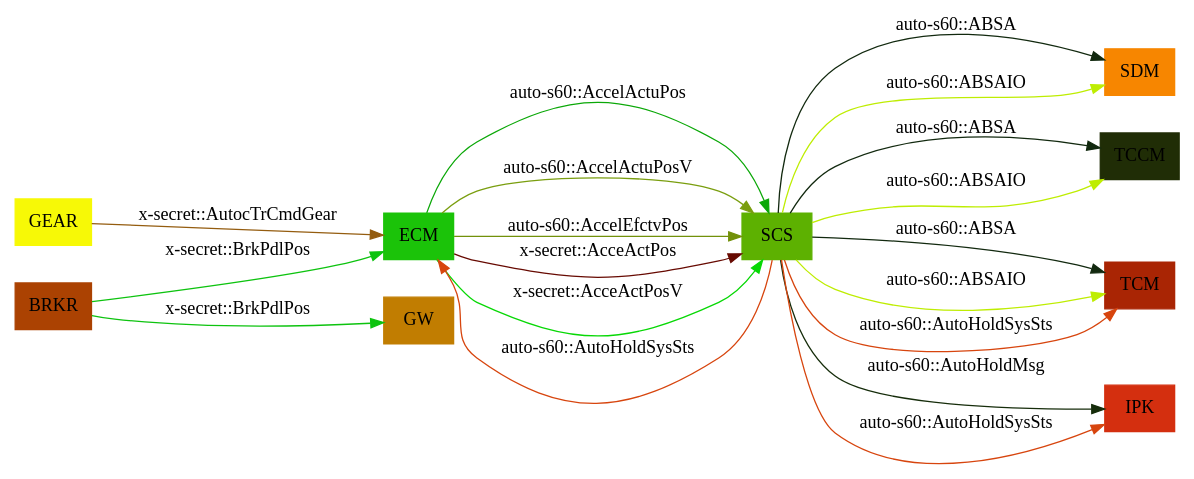
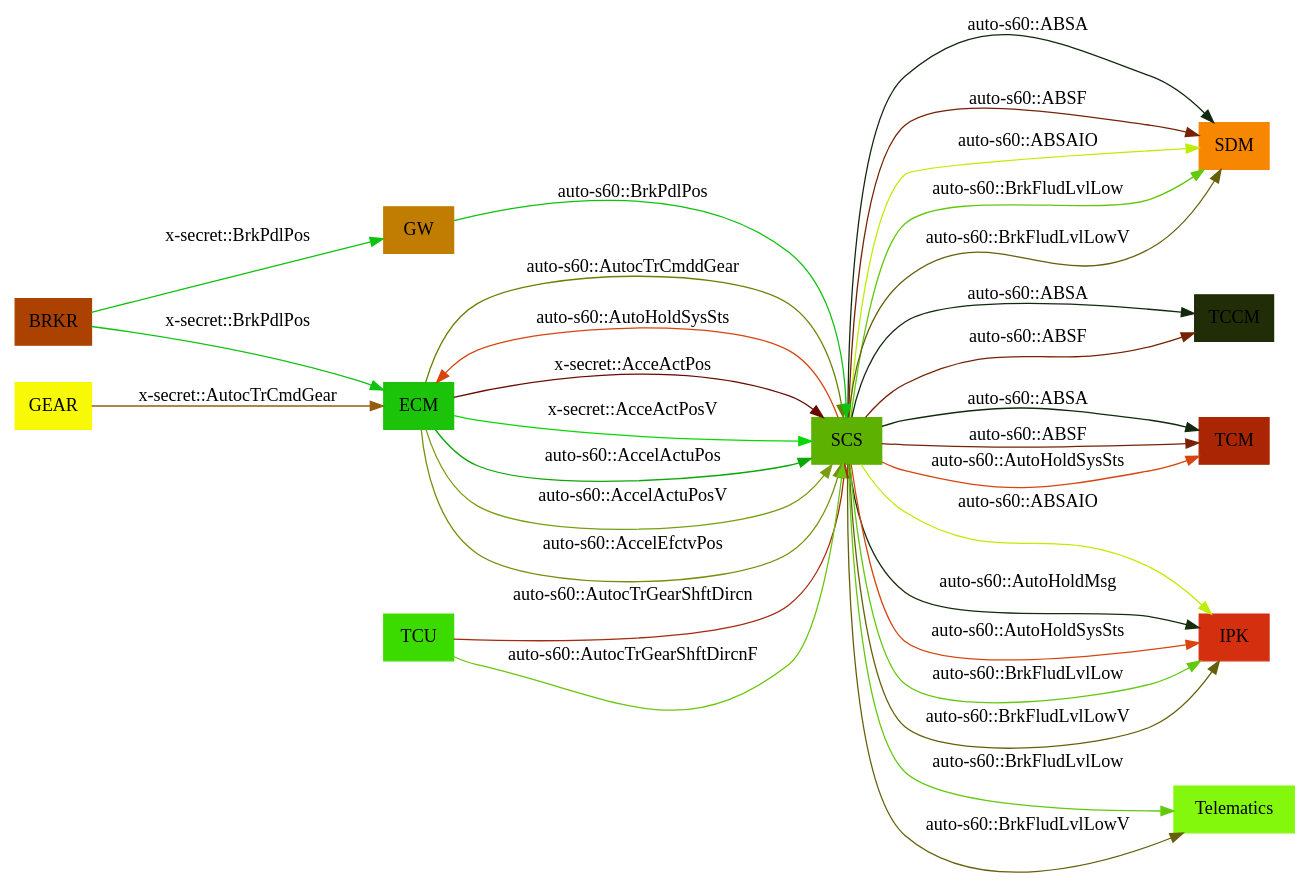
Before and after one commit to williamjoy/helloworld: the diagram in graph.dot, drawn with Graphviz. The commit also changed 2 other files, not shown here.

```diff
--- a/graph.dot
+++ b/graph.dot
@@ -1,31 +1,45 @@
 digraph Signals {
 	graph [rankdir=LR title="ECU Signals"]
 	node [shape=box style=filled]
 		ECM [label=ECM color="#1bc39"]
 		SCS [label=SCS color="#5db11"]
+			ECM -> SCS [label="x-secret::AcceActPos" color="#670a2"]
+			ECM -> SCS [label="x-secret::AcceActPosV" color="#07d85"]
+		GEAR [label=GEAR color="#f7f96"]
+			GEAR -> ECM [label="x-secret::AutocTrCmdGear" color="#945cf"]
+		BRKR [label=BRKR color="#ab422"]
+		GW [label=GW color="#c17d1"]
+			BRKR -> GW [label="x-secret::BrkPdlPos" color="#0dc3f"]
+			BRKR -> ECM [label="x-secret::BrkPdlPos" color="#0dc3f"]
 			ECM -> SCS [label="auto-s60::AccelActuPos" color="#0ba88"]
 			ECM -> SCS [label="auto-s60::AccelActuPosV" color="#7a9ef"]
 			ECM -> SCS [label="auto-s60::AccelEfctvPos" color="#7291a"]
 		SDM [label=SDM color="#f7860"]
 			SCS -> SDM [label="auto-s60::ABSA" color="#1229f"]
 		TCCM [label=TCCM color="#202d6"]
 			SCS -> TCCM [label="auto-s60::ABSA" color="#1229f"]
 		TCM [label=TCM color="#a9254"]
 			SCS -> TCM [label="auto-s60::ABSA" color="#1229f"]
+			SCS -> SDM [label="auto-s60::ABSF" color="#76224"]
+			SCS -> TCCM [label="auto-s60::ABSF" color="#76224"]
+			SCS -> TCM [label="auto-s60::ABSF" color="#76224"]
+		IPK [label=IPK color="#d42ff"]
+			SCS -> IPK [label="auto-s60::ABSAIO" color="#beed2"]
 			SCS -> SDM [label="auto-s60::ABSAIO" color="#beed2"]
-			SCS -> TCCM [label="auto-s60::ABSAIO" color="#beed2"]
-			SCS -> TCM [label="auto-s60::ABSAIO" color="#beed2"]
-		IPK [label=IPK color="#d42ff"]
 			SCS -> IPK [label="auto-s60::AutoHoldMsg" color="#162db"]
 			SCS -> IPK [label="auto-s60::AutoHoldSysSts" color="#d745e"]
 			SCS -> ECM [label="auto-s60::AutoHoldSysSts" color="#d745e"]
 			SCS -> TCM [label="auto-s60::AutoHoldSysSts" color="#d745e"]
-			ECM -> SCS [label="x-secret::AcceActPos" color="#670a2"]
-			ECM -> SCS [label="x-secret::AcceActPosV" color="#07d85"]
-		GEAR [label=GEAR color="#f7f96"]
-			GEAR -> ECM [label="x-secret::AutocTrCmdGear" color="#945cf"]
-		BRKR [label=BRKR color="#ab422"]
-		GW [label=GW color="#c17d1"]
-			BRKR -> GW [label="x-secret::BrkPdlPos" color="#0dc3f"]
-			BRKR -> ECM [label="x-secret::BrkPdlPos" color="#0dc3f"]
+			ECM -> SCS [label="auto-s60::AutocTrCmddGear" color="#67820"]
+		TCU [label=TCU color="#3cdb0"]
+			TCU -> SCS [label="auto-s60::AutocTrGearShftDircn" color="#a52af"]
+			TCU -> SCS [label="auto-s60::AutocTrGearShftDircnF" color="#6bc5a"]
+			SCS -> IPK [label="auto-s60::BrkFludLvlLow" color="#62c9c"]
+		Telematics [label=Telematics color="#83f8d"]
+			SCS -> Telematics [label="auto-s60::BrkFludLvlLow" color="#62c9c"]
+			SCS -> SDM [label="auto-s60::BrkFludLvlLow" color="#62c9c"]
+			SCS -> IPK [label="auto-s60::BrkFludLvlLowV" color="#655fa"]
+			SCS -> Telematics [label="auto-s60::BrkFludLvlLowV" color="#655fa"]
+			SCS -> SDM [label="auto-s60::BrkFludLvlLowV" color="#655fa"]
+			GW -> SCS [label="auto-s60::BrkPdlPos" color="#0dc3f"]
 }
```
